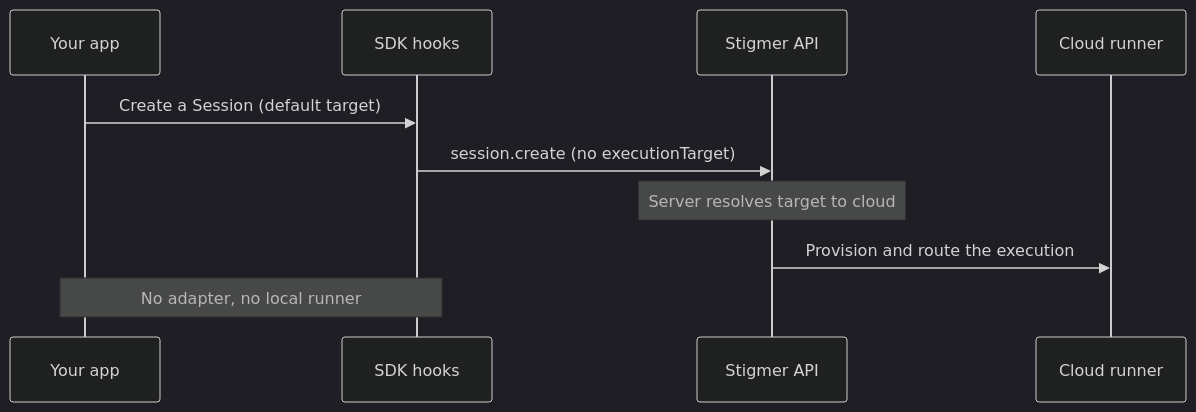
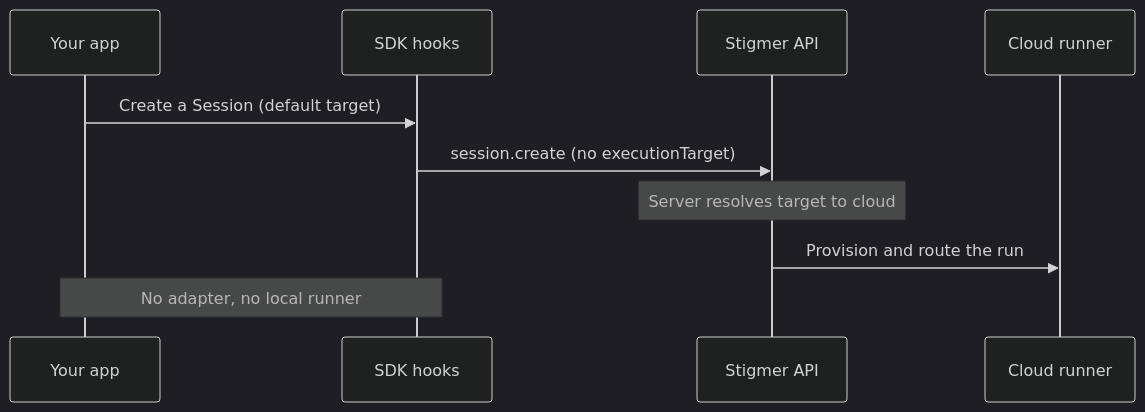
The second of 2 diagrams in docs/guides/runners/embedding.mdx (stigmer/stigmer), drawn with Mermaid (dark theme) before and after one commit. The commit also changed other lines of this file and 74 other files, not shown here.

````diff
--- a/docs/guides/runners/embedding.mdx
+++ b/docs/guides/runners/embedding.mdx
@@ -564,12 +564,12 @@
 ```mermaid
 sequenceDiagram
   participant App as Your app
   participant SDK as SDK hooks
   participant API as Stigmer API
   participant Cloud as Cloud runner
   App->>SDK: Create a Session (default target)
   SDK->>API: session.create (no executionTarget)
   Note over API: Server resolves target to cloud
-  API->>Cloud: Provision and route the execution
+  API->>Cloud: Provision and route the run
   Note over App,SDK: No adapter, no local runner
 ```
````
